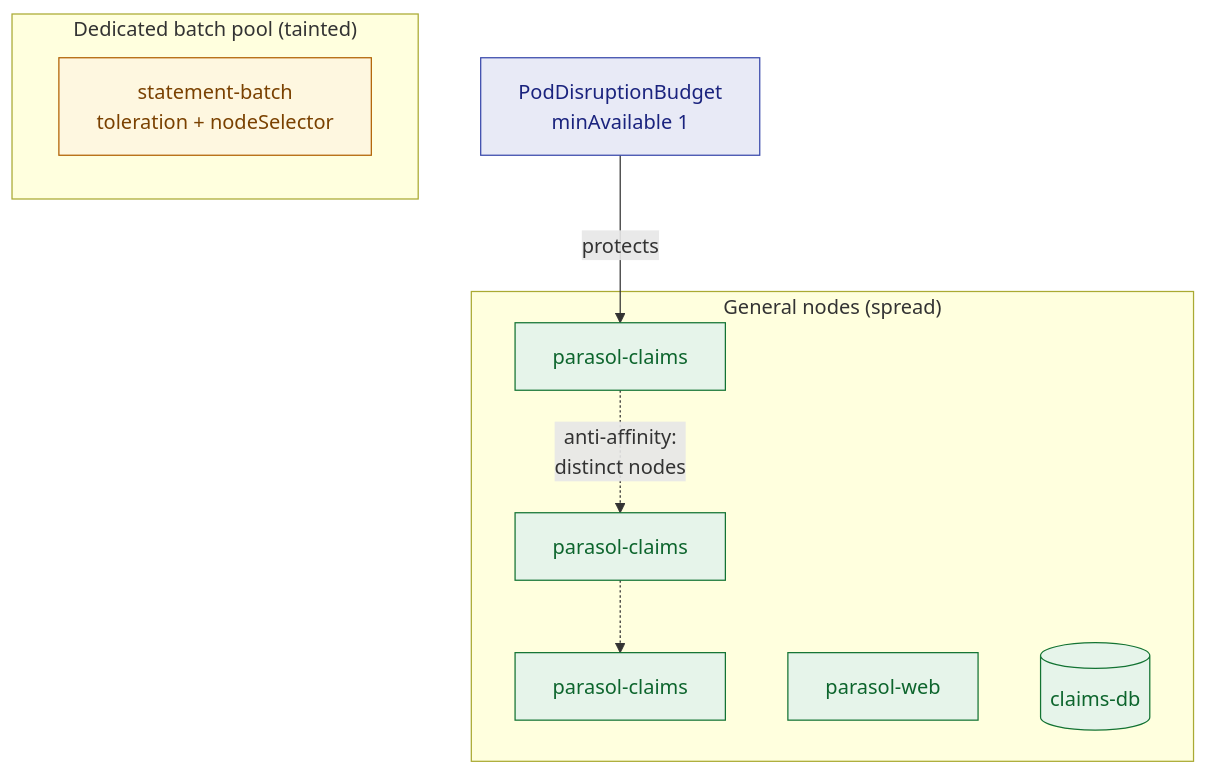
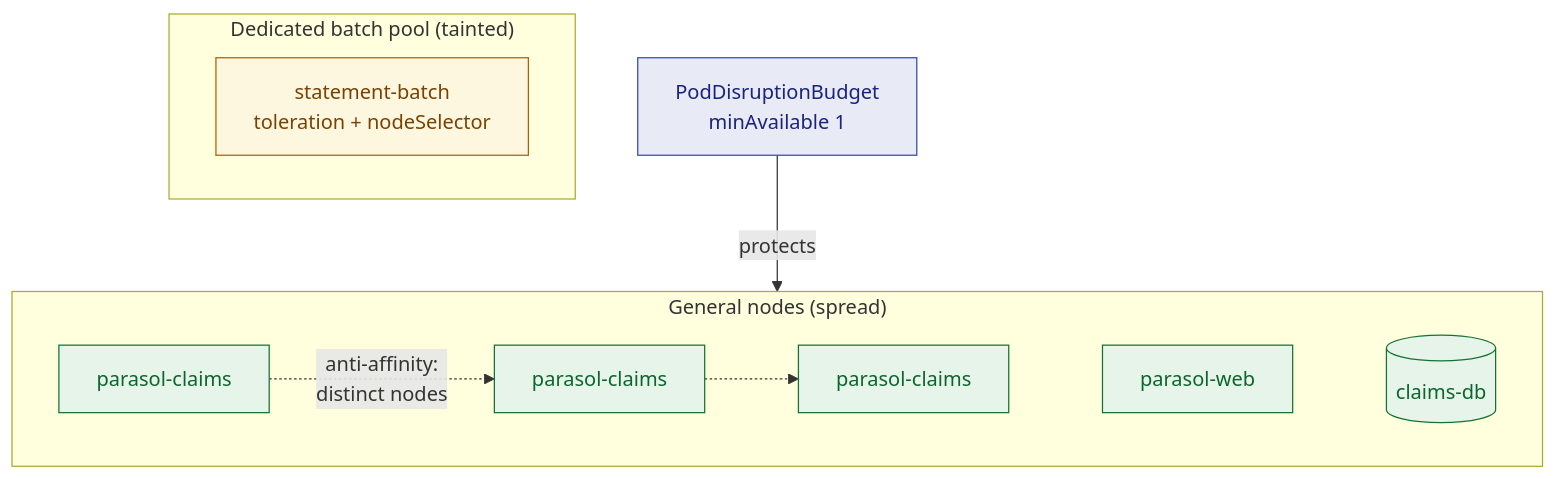
Before and after one commit to serhat-dirik/OCP-Getting-Started-Revamped: the diagram in content/modules/ROOT/examples/diagrams/deployment-targets-scheduling/03-what-you-built.mmd, drawn with Mermaid. The commit also changed 59 other files, not shown here.

```diff
--- a/content/modules/ROOT/examples/diagrams/deployment-targets-scheduling/03-what-you-built.mmd
+++ b/content/modules/ROOT/examples/diagrams/deployment-targets-scheduling/03-what-you-built.mmd
@@ -1,21 +1,35 @@
-graph TB
+%% What you built — Deployment Targets & Scheduling.
+%% The dedicated batch pool (tainted, tolerated by statement-batch) alongside the general pool where
+%% parasol-claims spreads across nodes (anti-affinity) next to parasol-web and claims-db, guarded by
+%% a PodDisruptionBudget.
+%% Resized 2026-08-22: intrinsic 776x568 (h/w 0.73, over the 0.55 band) — the general subgraph's five
+%% nodes had no explicit direction and were landing tall. Fix: `direction LR` in each subgraph plus
+%% invisible links to hold all five general nodes in one row, per the platform-accretion idiom.
+%% Follow-up 2026-08-22: pdb-->c1 crossed the general subgraph's boundary, silently disabling
+%% direction LR. Fixed by routing container-to-container: pdb-->general (label "protects" kept as
+%% is) — also a better fit, since the PDB protects the whole spread deployment, not one replica.
+flowchart TB
   subgraph pool["Dedicated batch pool (tainted)"]
+    direction LR
     batch["statement-batch<br/>toleration + nodeSelector"]
   end
   subgraph general["General nodes (spread)"]
+    direction LR
     c1["parasol-claims"]
     c2["parasol-claims"]
     c3["parasol-claims"]
     web["parasol-web"]
     db[("claims-db")]
+    c1 -.->|"anti-affinity:<br/>distinct nodes"| c2
+    c2 -.-> c3
+    c3 ~~~ web
+    web ~~~ db
   end
   pdb["PodDisruptionBudget<br/>minAvailable 1"]
-  c1 -.->|"anti-affinity:<br/>distinct nodes"| c2
-  c2 -.-> c3
-  pdb -->|"protects"| c1
+  pdb -->|"protects"| general
   classDef ok fill:#e6f4ea,stroke:#137333,color:#0d652d;
   classDef pool fill:#fef7e0,stroke:#b06000,color:#7a4100;
   classDef guard fill:#e8eaf6,stroke:#3949ab,color:#1a237e;
   class c1,c2,c3,web,db ok;
   class batch pool;
   class pdb guard;
```
